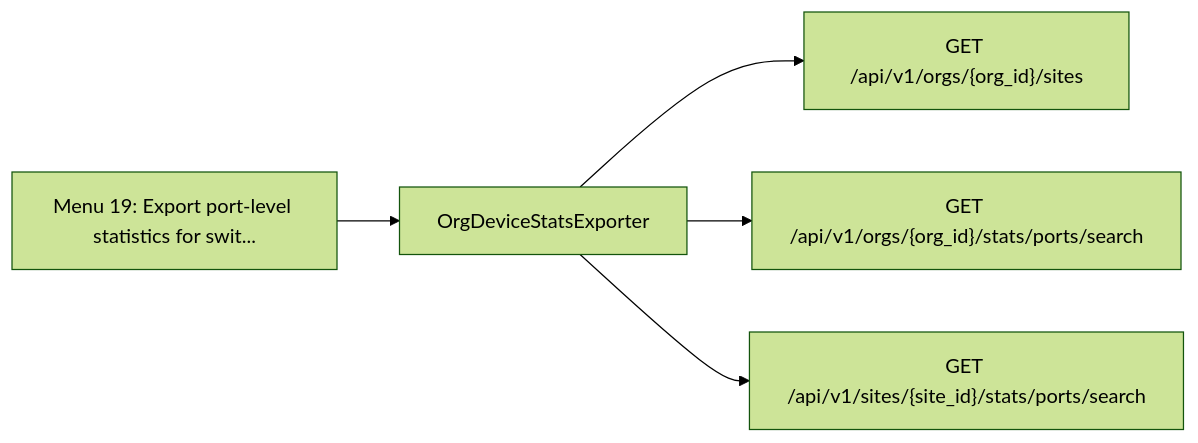
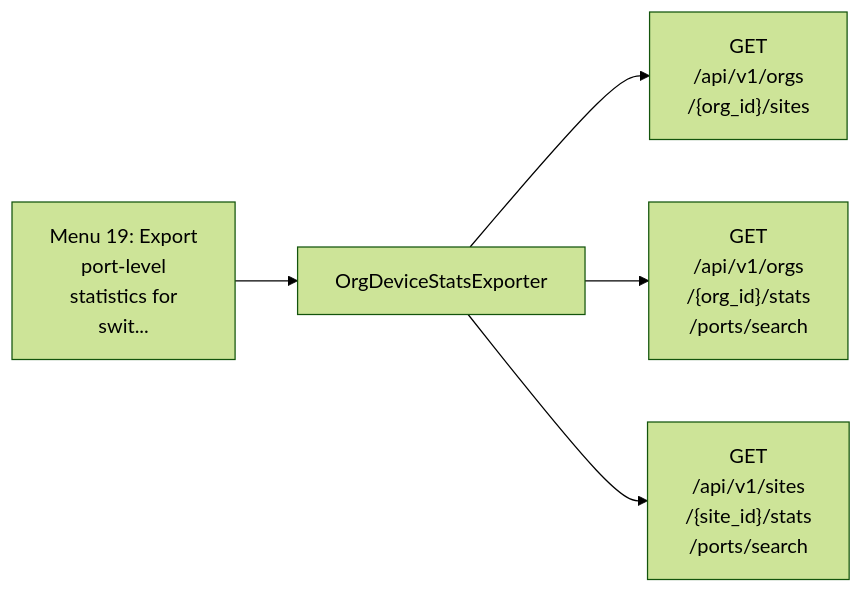
One commit to jmorrison-juniper/MistHelper changed the fourth of 11 diagrams in documentation/menu-api/resource-intensive.md. Above: the diagram before and after it, drawn with Mermaid (forest theme). The commit also changed other lines of this file and 19 other files, not shown here.

First line of the commit message:
docs(menu-api): fit the Mermaid diagrams to the wiki column

````diff
--- a/documentation/menu-api/resource-intensive.md
+++ b/documentation/menu-api/resource-intensive.md
@@ -129,8 +87,8 @@
 ```mermaid
 flowchart LR
-    menu["Menu 19: Export port-level statistics for swit..."]
+    menu["Menu 19: Export<br/>port-level<br/>statistics for<br/>swit..."]
     menu --> c1["OrgDeviceStatsExporter"]
-    c1 --> e1["GET /api/v1/orgs/{org_id}/sites"]
-    c1 --> e2["GET /api/v1/orgs/{org_id}/stats/ports/search"]
-    c1 --> e3["GET /api/v1/sites/{site_id}/stats/ports/search"]
+    c1 --> e1["GET<br/>/api/v1/orgs<br/>/{org_id}/sites"]
+    c1 --> e2["GET<br/>/api/v1/orgs<br/>/{org_id}/stats<br/>/ports/search"]
+    c1 --> e3["GET<br/>/api/v1/sites<br/>/{site_id}/stats<br/>/ports/search"]
 ```
````
